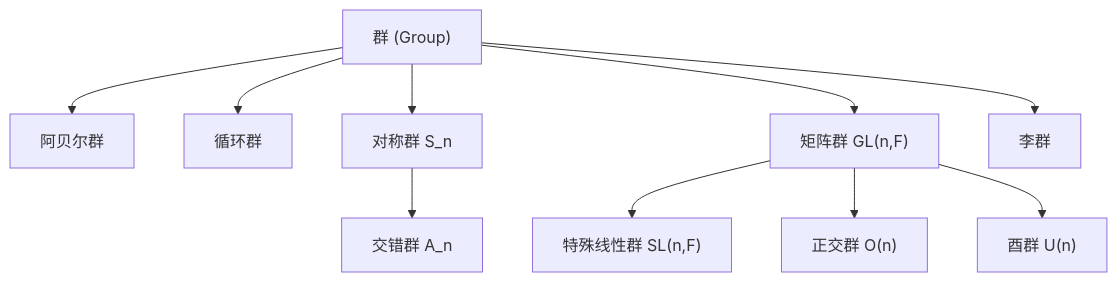
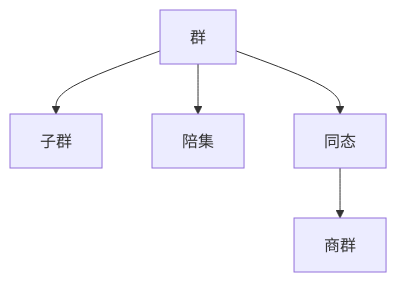
Before and after one commit to AdaMartin18010/Mathematics: the diagram in Math/Refactor/03-代数结构与理论/02-群论/01-群的定义与性质.md, drawn with Mermaid. The commit also changed other lines of this file and 23 other files, not shown here.

````diff
--- a/Math/Refactor/03-代数结构与理论/02-群论/01-群的定义与性质.md
+++ b/Math/Refactor/03-代数结构与理论/02-群论/01-群的定义与性质.md
@@ -315,22 +125,12 @@
 ```mermaid
 graph TD
-  G["群 (Group)"]
-  A["阿贝尔群"]
-  C["循环群"]
-  S["对称群 S_n"]
-  A_n["交错群 A_n"]
-  M["矩阵群 GL(n,F)"]
-  SL["特殊线性群 SL(n,F)"]
-  O["正交群 O(n)"]
-  U["酉群 U(n)"]
-  L["李群"]
-  G --> A
+  G["群"]
+  SG["子群"]
+  C["陪集"]
+  H["同态"]
+  Q["商群"]
+  G --> SG
   G --> C
-  G --> S
-  S --> A_n
-  G --> M
-  M --> SL
-  M --> O
-  M --> U
-  G --> L
+  G --> H
+  H --> Q
 ```
````
